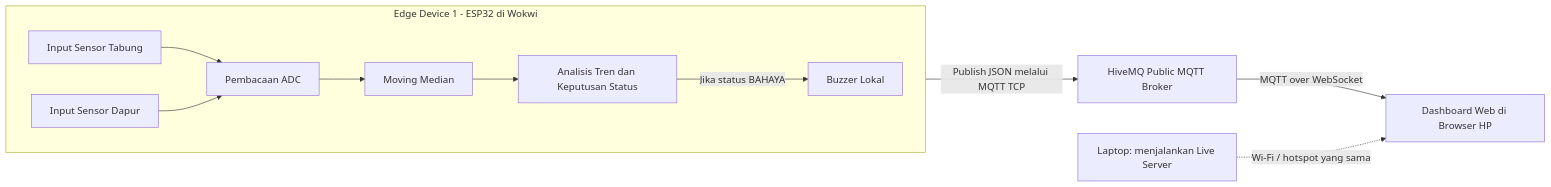
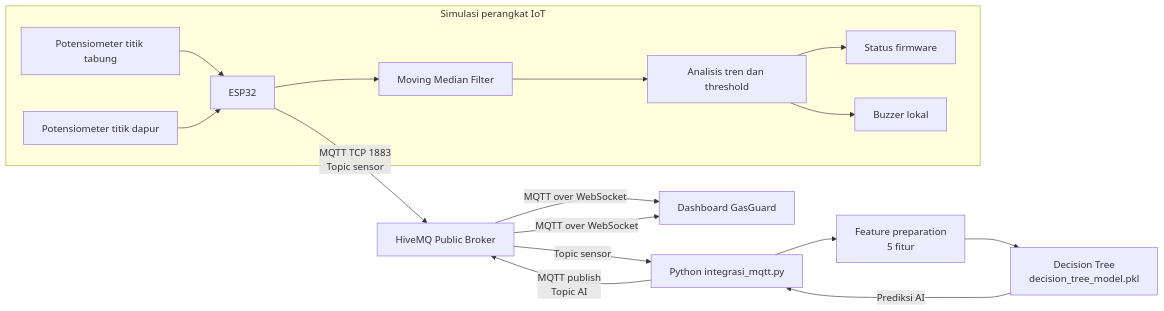
The diagram in docs/ARCHITECTURE.md (itsarney/GasGuard-GG--Sistem-Deteksi-Kebocoran-Gas-LPG), drawn with Mermaid before and after one commit. The commit also changed other lines of this file, not shown here.

````diff
--- a/docs/ARCHITECTURE.md
+++ b/docs/ARCHITECTURE.md
@@ -12,24 +13,20 @@
 ```mermaid
 flowchart LR
-    subgraph W["Edge Device 1 - ESP32 di Wokwi"]
-        direction LR
-        A["Input Sensor Tabung"]
-        B["Input Sensor Dapur"]
-        C["Pembacaan ADC"]
-        D["Moving Median"]
-        E["Analisis Tren dan Keputusan Status"]
-        F["Buzzer Lokal"]
-
-        A --> C
-        B --> C
-        C --> D
-        D --> E
-        E -->|"Jika status BAHAYA"| F
+    subgraph EDGE[Simulasi perangkat IoT]
+        A[Potensiometer titik tabung] --> C[ESP32]
+        B[Potensiometer titik dapur] --> C
+        C --> D[Moving Median Filter]
+        D --> E[Analisis tren dan threshold]
+        E --> F[Status firmware]
+        E --> G[Buzzer lokal]
     end
 
-    E -->|"Publish JSON melalui MQTT TCP"| G["HiveMQ Public MQTT Broker"]
-
-    G -->|"MQTT over WebSocket"| I["Dashboard Web di Browser HP"]
-
-    J["Laptop: menjalankan Live Server"] -.->|"Wi-Fi / hotspot yang sama"| I
+    C -->|MQTT TCP 1883\nTopic sensor| H[HiveMQ Public Broker]
+    H -->|Topic sensor| I[Python integrasi_mqtt.py]
+    I --> J[Feature preparation\n5 fitur]
+    J --> K[Decision Tree\ndecision_tree_model.pkl]
+    K -->|Prediksi AI| I
+    I -->|MQTT publish\nTopic AI| H
+    H -->|MQTT over WebSocket| L[Dashboard GasGuard]
+    H -->|MQTT over WebSocket| L
 ```
````
